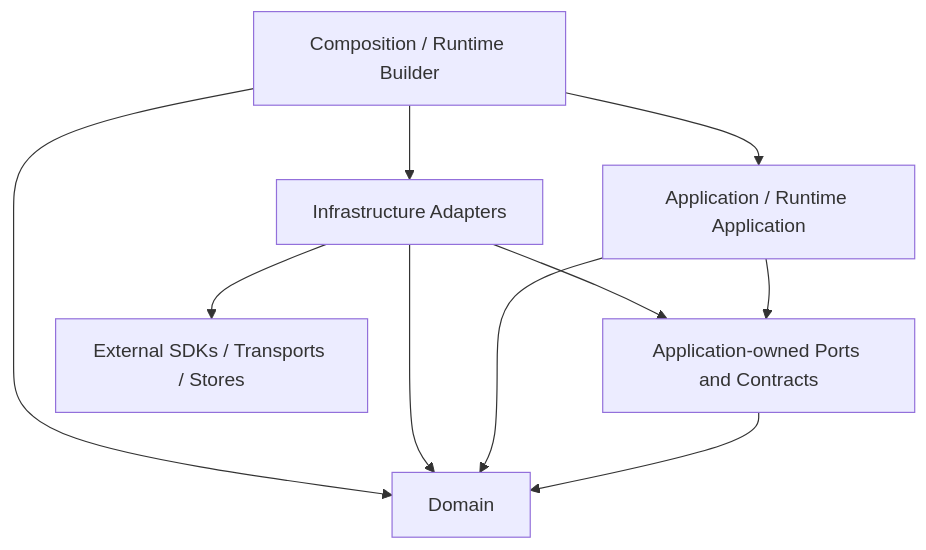
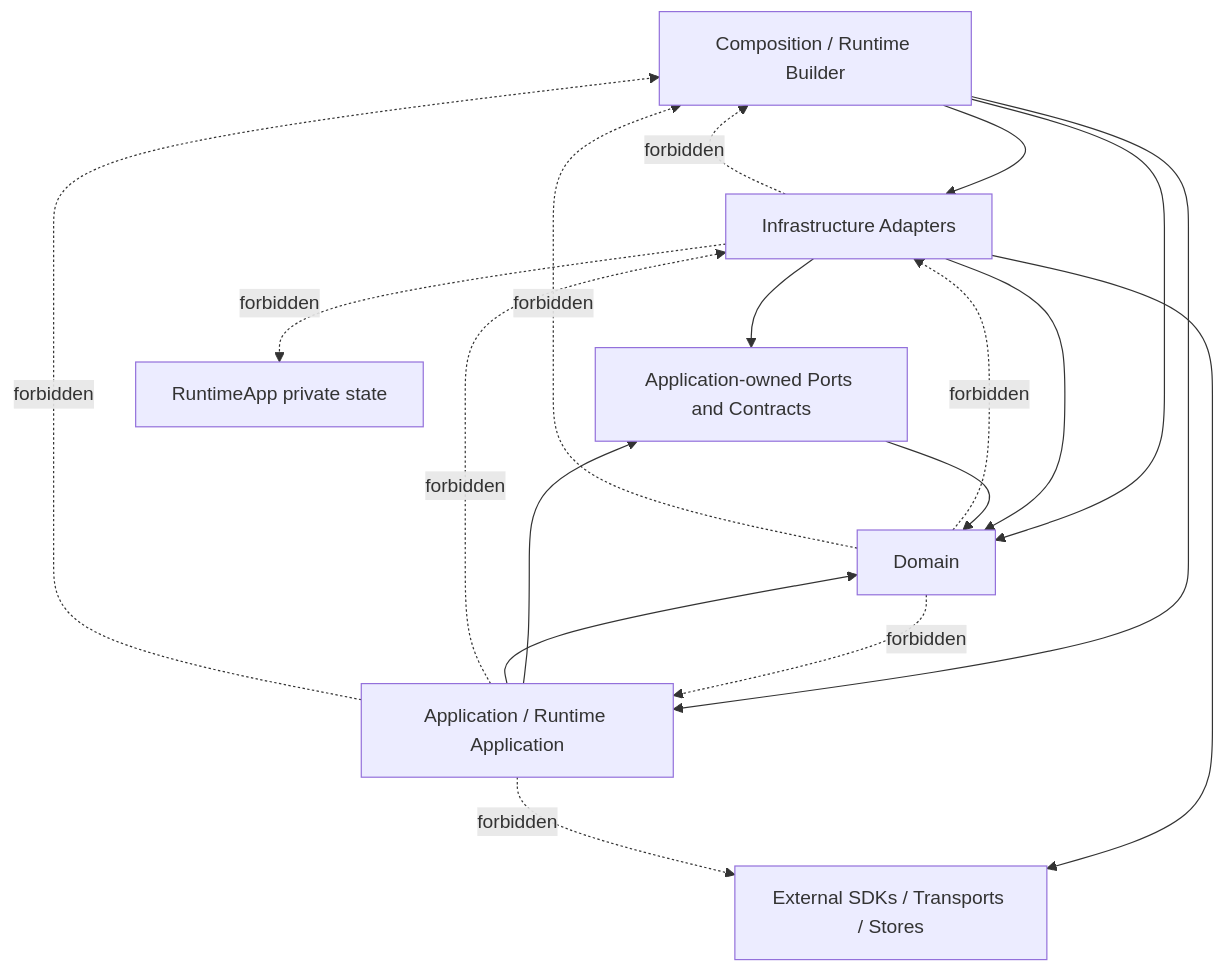
Before and after one commit to luciferwww/my-agent: the first of 14 diagrams in docs/architecture/target-architecture.md, drawn with Mermaid. The commit also changed other lines of this file and 4 other files, not shown here.

Commit message:
docs: accept AF-03 target architecture

````diff
--- a/docs/architecture/target-architecture.md
+++ b/docs/architecture/target-architecture.md
@@ -166,19 +166,28 @@
 ```mermaid
 flowchart TB
 	Composition[Composition / Runtime Builder]
 	Infrastructure[Infrastructure Adapters]
 	Application[Application / Runtime Application]
 	Ports[Application-owned Ports and Contracts]
 	Domain[Domain]
 	External[External SDKs / Transports / Stores]
+	RuntimePrivate[RuntimeApp private state]
 
 	Composition --> Infrastructure
 	Composition --> Application
 	Composition --> Domain
 	Infrastructure --> Ports
 	Infrastructure --> Domain
 	Infrastructure --> External
 	Application --> Ports
 	Application --> Domain
 	Ports --> Domain
+	Domain -. forbidden .-> Application
+	Domain -. forbidden .-> Infrastructure
+	Domain -. forbidden .-> Composition
+	Application -. forbidden .-> Infrastructure
+	Application -. forbidden .-> Composition
+	Application -. forbidden .-> External
+	Infrastructure -. forbidden .-> Composition
+	Infrastructure -. forbidden .-> RuntimePrivate
 ```
````
